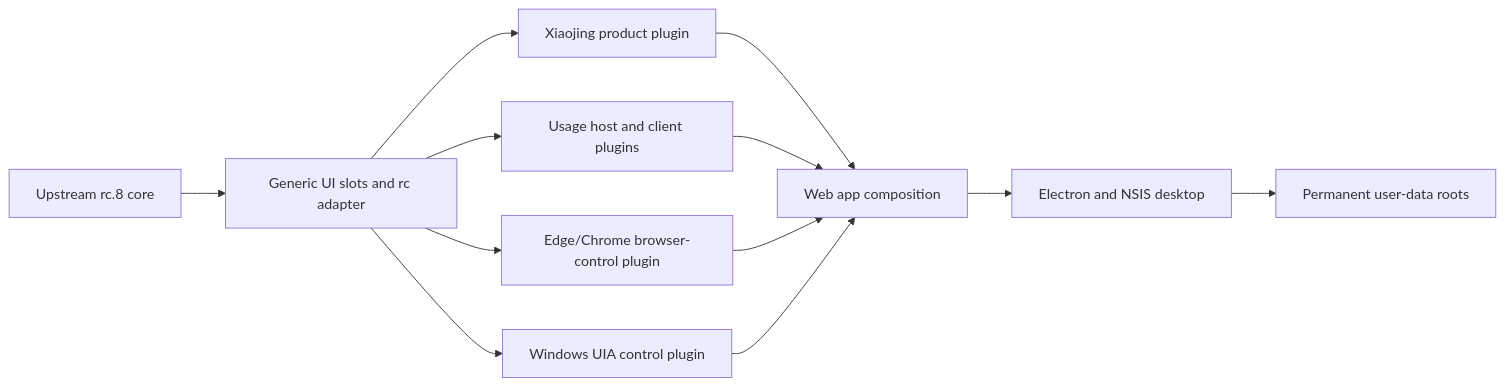
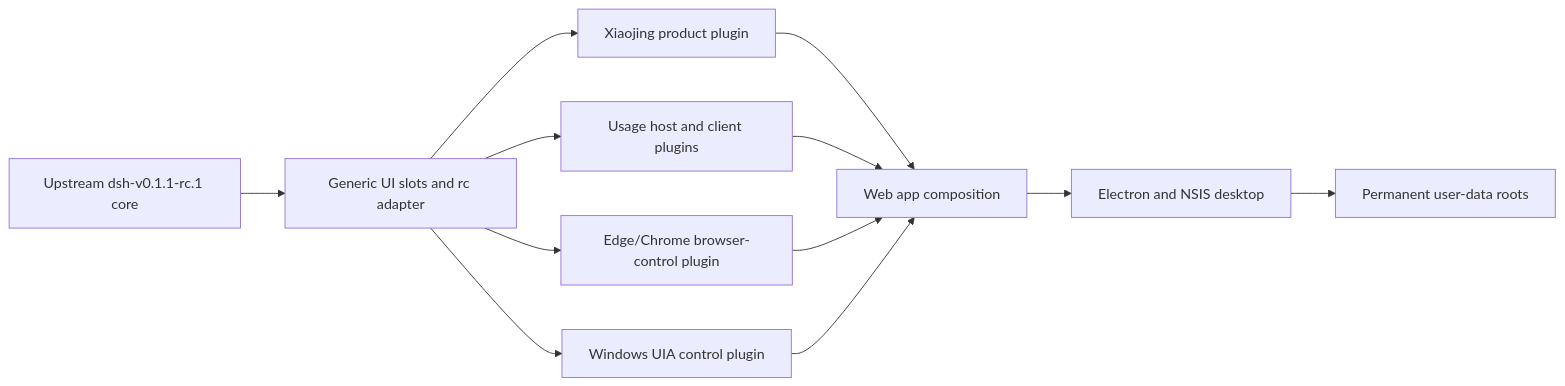
The diagram in docs/xiaojing-product-development.md (yyshi127/sudotech_agent_harness), drawn with Mermaid before and after one commit. The commit also changed other lines of this file and 265 other files, not shown here.

````diff
--- a/docs/xiaojing-product-development.md
+++ b/docs/xiaojing-product-development.md
@@ -30,14 +30,14 @@
 ```mermaid
 flowchart LR
-  Upstream["Upstream rc.8 core"] --> Adapters["Generic UI slots and rc adapter"]
+  Upstream["Upstream dsh-v0.1.1-rc.1 core"] --> Adapters["Generic UI slots and rc adapter"]
   Adapters --> Product["Xiaojing product plugin"]
   Adapters --> Usage["Usage host and client plugins"]
   Adapters --> Browser["Edge/Chrome browser-control plugin"]
   Adapters --> Computer["Windows UIA control plugin"]
   Product --> Bundle["Web app composition"]
   Usage --> Bundle
   Browser --> Bundle
   Computer --> Bundle
   Bundle --> Desktop["Electron and NSIS desktop"]
   Desktop --> Data["Permanent user-data roots"]
 ```
````
